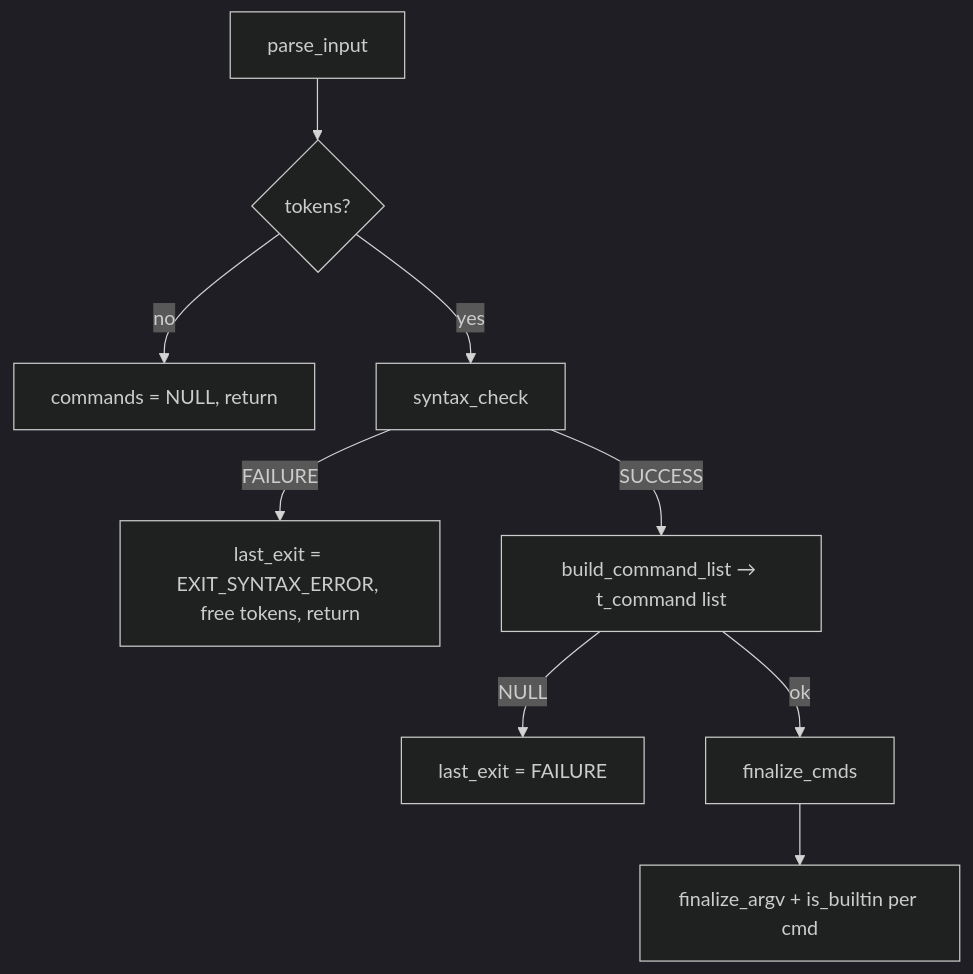
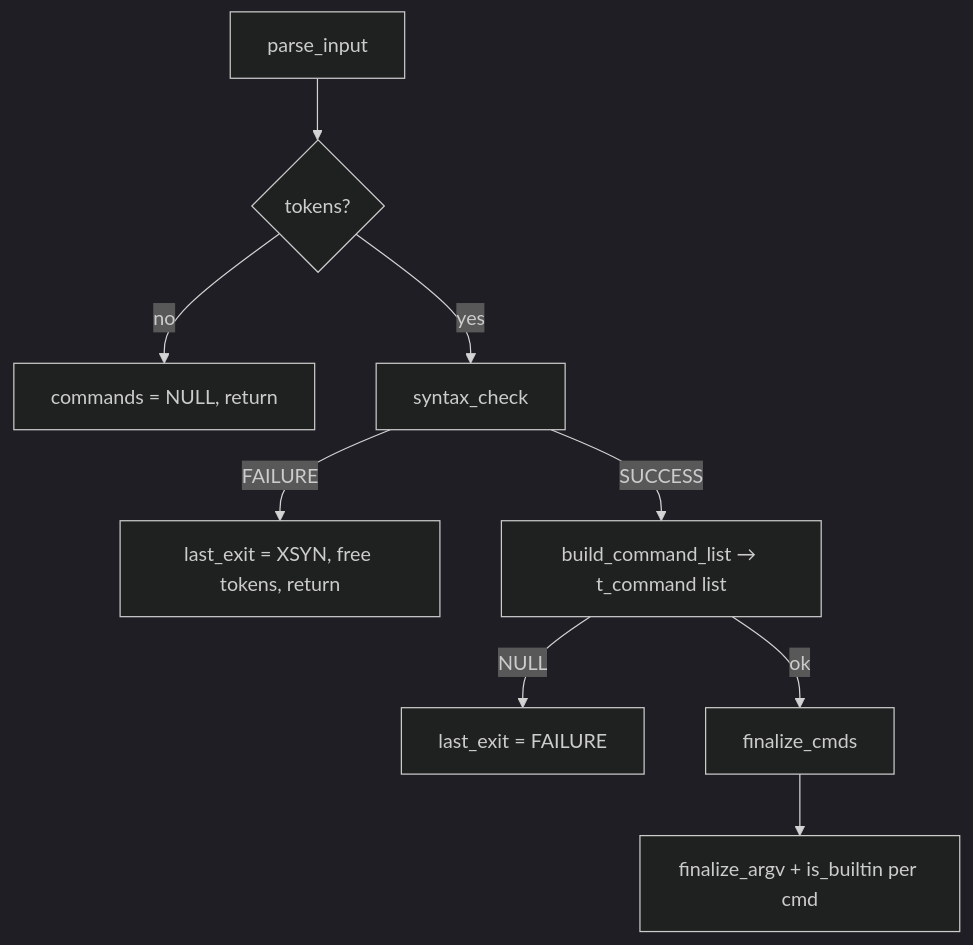
The eighth of 14 diagrams in docs/MINISHELL_ARCHITECTURE.md (gkhavari/minishell), drawn with Mermaid (dark theme) before and after one commit. The commit also changed other lines of this file and 9 other files, not shown here.

````diff
--- a/docs/MINISHELL_ARCHITECTURE.md
+++ b/docs/MINISHELL_ARCHITECTURE.md
@@ -642,11 +642,11 @@
 ```mermaid
 flowchart TD
     PI[parse_input] --> T0{tokens?}
     T0 -->|no| NULL[commands = NULL, return]
     T0 -->|yes| SY[syntax_check]
-    SY -->|FAILURE| E2[last_exit = EXIT_SYNTAX_ERROR, free tokens, return]
+    SY -->|FAILURE| E2[last_exit = XSYN, free tokens, return]
     SY -->|SUCCESS| PT[build_command_list → t_command list]
     PT -->|NULL| E1[last_exit = FAILURE]
     PT -->|ok| FIN[finalize_cmds]
     FIN --> ARGV[finalize_argv + is_builtin per cmd]
 ```
````
